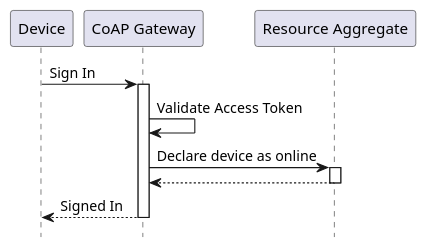
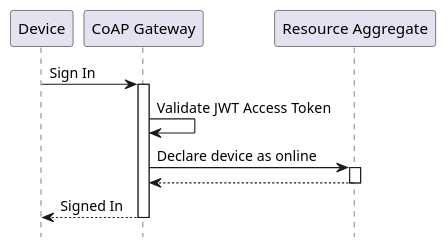
The third of 6 diagrams in content/en/architecture/component-overview.md (plgd-dev/doc), drawn with PlantUML before and after one commit. The commit also changed other lines of this file, not shown here.

Commit message:
only JWT access token is supported by cloud (#15)

```diff
--- a/content/en/architecture/component-overview.md
+++ b/content/en/architecture/component-overview.md
@@ -91,17 +95,17 @@
 {{< plantuml id="device-authorization" >}}
 @startuml Sequence
 skinparam backgroundColor transparent
 hide footbox
 
 participant D as "Device"
 participant CGW as "CoAP Gateway"
 participant RA as "Resource Aggregate"
 
 D -> CGW ++: Sign In
-CGW -> CGW: Validate Access Token
+CGW -> CGW: Validate JWT Access Token
 CGW -> RA ++: Declare device as online
 return
 return Signed In
 
 @enduml
 {{< /plantuml >}}
```
